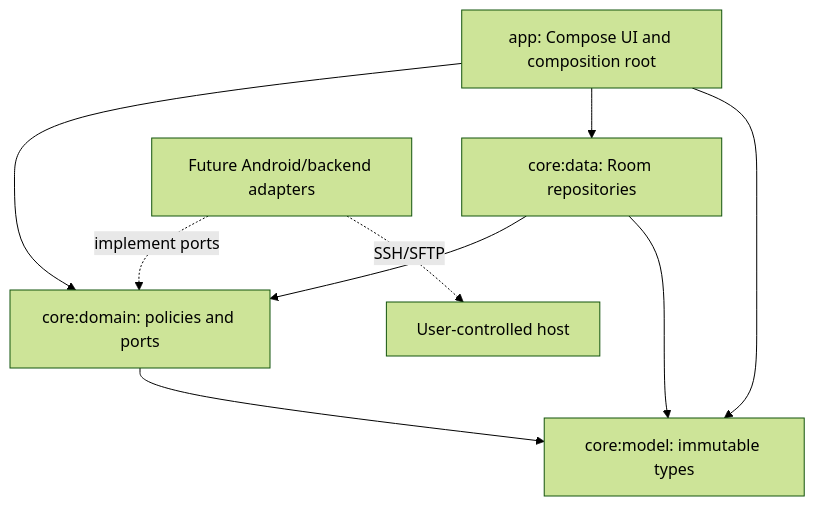
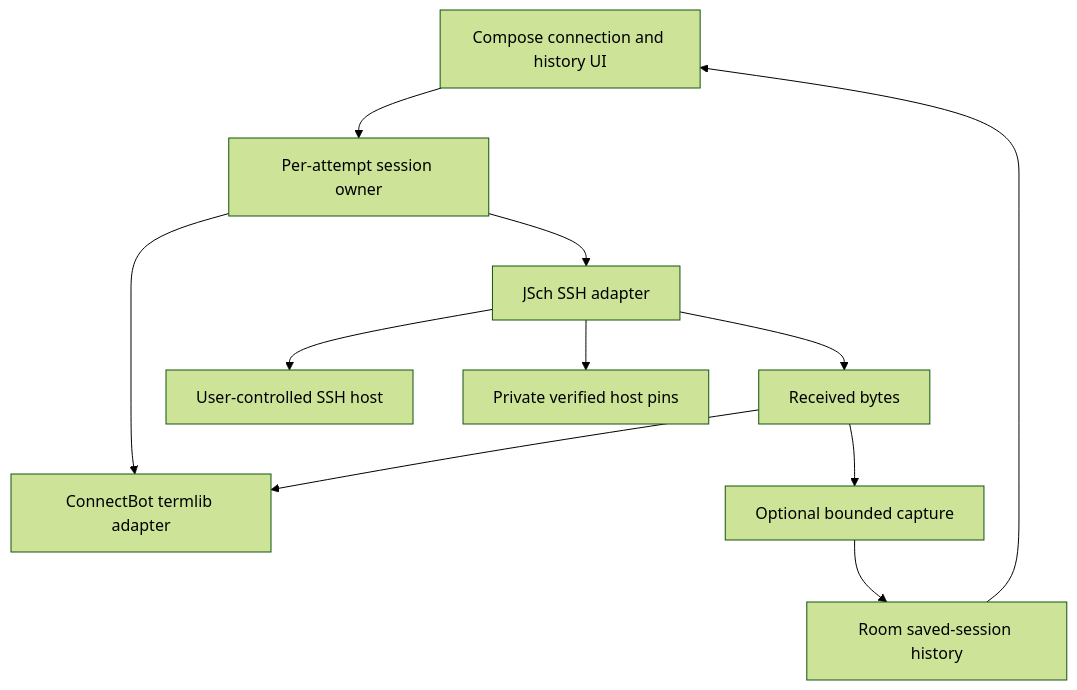
Before and after one commit to Axoineo/terminal: the diagram in docs/architecture/system-design.md, drawn with Mermaid (forest theme). The commit also changed other lines of this file and 37 other files, not shown here.

````diff
--- a/docs/architecture/system-design.md
+++ b/docs/architecture/system-design.md
@@ -19,11 +17,13 @@
 ```mermaid
 flowchart TD
-    App[app: Compose UI and composition root] --> Domain[core:domain: policies and ports]
-    App --> Data[core:data: Room repositories]
-    App --> Model[core:model: immutable types]
-    Domain --> Model
-    Data --> Domain
-    Data --> Model
-    Future[Future Android/backend adapters] -. implement ports .-> Domain
-    Future -. SSH/SFTP .-> Host[User-controlled host]
+    UI[Compose connection and history UI] --> Owner[Per-attempt session owner]
+    Owner --> T[ConnectBot termlib adapter]
+    Owner --> SSH[JSch SSH adapter]
+    SSH --> Host[User-controlled SSH host]
+    SSH --> Pins[Private verified host pins]
+    SSH --> Received[Received bytes]
+    Received --> T
+    Received --> Opt[Optional bounded capture]
+    Opt --> Room[Room saved-session history]
+    Room --> UI
 ```
````
